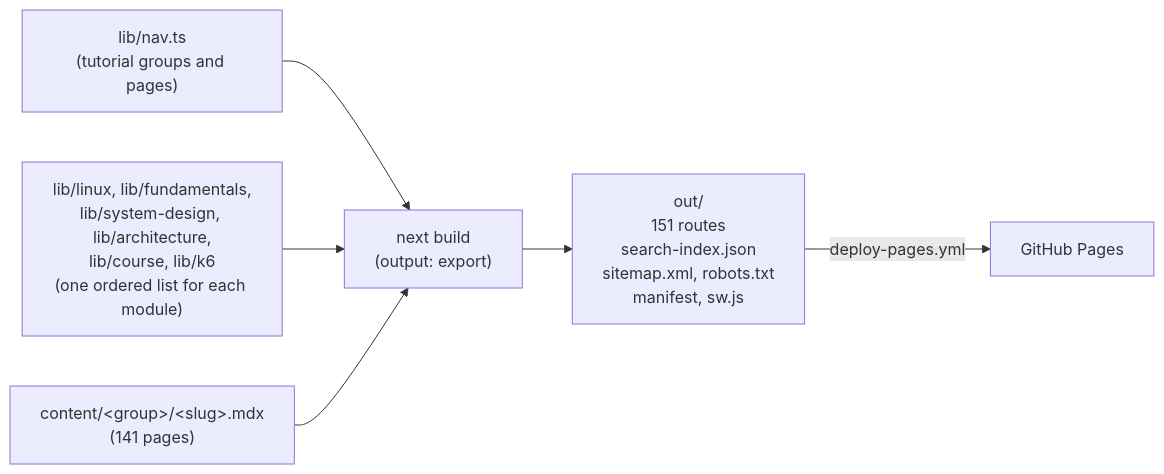
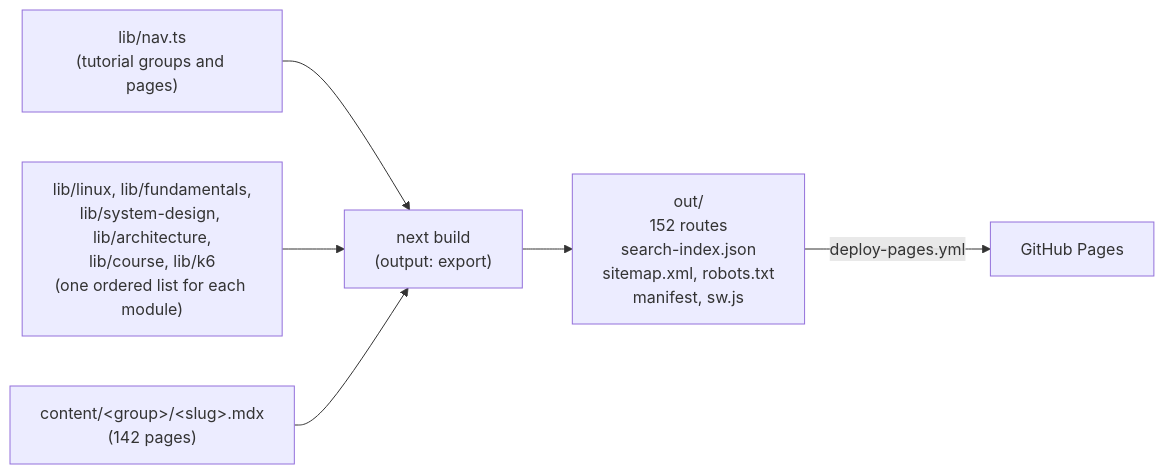
Before and after one commit to kawsar-95/ai-testing-guide: the diagram in docs/ARCHITECTURE.md, drawn with Mermaid. The commit also changed other lines of this file and 19 other files, not shown here.

````diff
--- a/docs/ARCHITECTURE.md
+++ b/docs/ARCHITECTURE.md
@@ -9,15 +9,15 @@
 ```mermaid
 flowchart LR
   nav["lib/nav.ts<br/>(tutorial groups and pages)"]
   mods["lib/linux, lib/fundamentals,<br/>lib/system-design, lib/architecture,<br/>lib/course, lib/k6<br/>(one ordered list for each module)"]
-  mdx["content/&lt;group&gt;/&lt;slug&gt;.mdx<br/>(141 pages)"]
+  mdx["content/&lt;group&gt;/&lt;slug&gt;.mdx<br/>(142 pages)"]
   build["next build<br/>(output: export)"]
-  out["out/<br/>151 routes<br/>search-index.json<br/>sitemap.xml, robots.txt<br/>manifest, sw.js"]
+  out["out/<br/>152 routes<br/>search-index.json<br/>sitemap.xml, robots.txt<br/>manifest, sw.js"]
   pages["GitHub Pages"]
 
   nav --> build
   mods --> build
   mdx --> build
   build --> out
   out -->|deploy-pages.yml| pages
 ```
````
